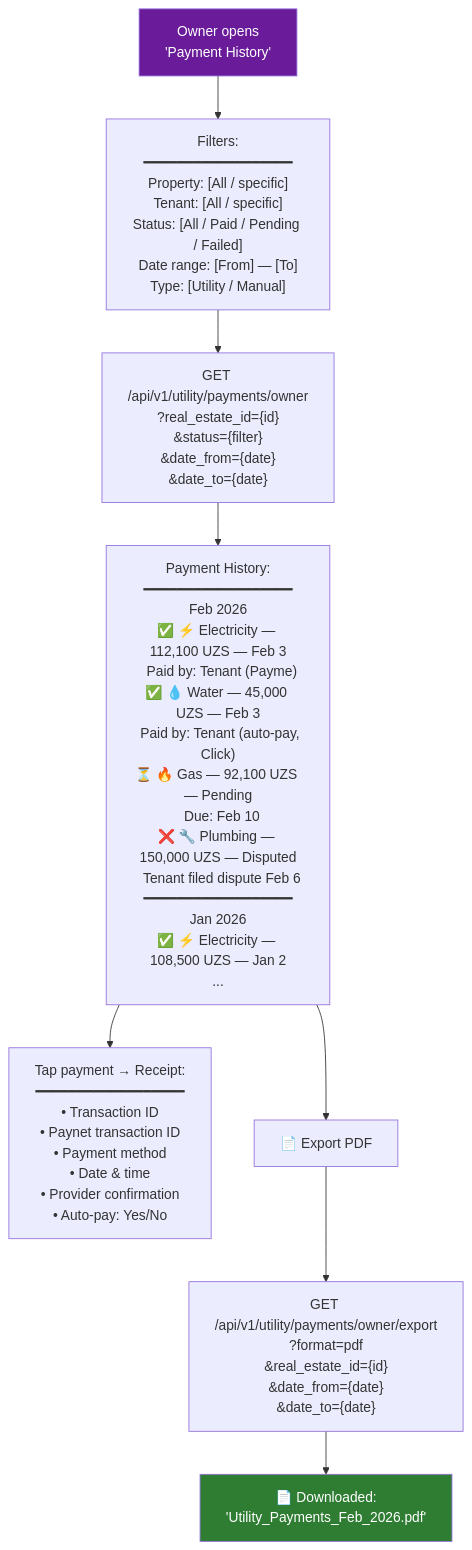
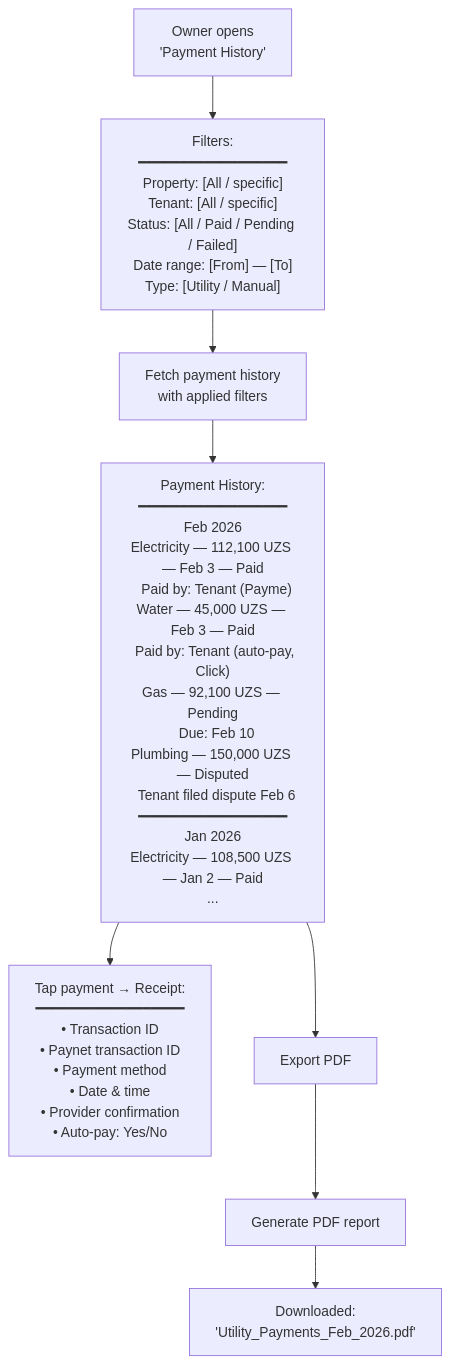
The eighth of 11 diagrams in Utilities - Business Owner.md (saodatm-dev/Utilities---Informational-Architecture), drawn with Mermaid before and after one commit. The commit also changed other lines of this file, not shown here.

Commit message:
refactor: Streamline Mermaid diagrams by removing icons, styling, and the 'Billing Management' flow, while expanding utility account details and removing backend notes.

````diff
--- a/Utilities - Business Owner.md
+++ b/Utilities - Business Owner.md
@@ -292,19 +255,16 @@
 ```mermaid
 flowchart TD
     PAYMENTS["Owner opens<br/>'Payment History'"] --> FILTER["Filters:<br/>━━━━━━━━━━━━━━━━━━<br/>Property: [All / specific]<br/>Tenant: [All / specific]<br/>Status: [All / Paid / Pending / Failed]<br/>Date range: [From] — [To]<br/>Type: [Utility / Manual]"]
 
-    FILTER --> LOAD["GET /api/v1/utility/payments/owner<br/>?real_estate_id={id}<br/>&status={filter}<br/>&date_from={date}<br/>&date_to={date}"]
+    FILTER --> LOAD["Fetch payment history<br/>with applied filters"]
 
-    LOAD --> HISTORY["Payment History:<br/>━━━━━━━━━━━━━━━━━━<br/>Feb 2026<br/>✅ ⚡ Electricity — 112,100 UZS — Feb 3<br/>  Paid by: Tenant (Payme)<br/>✅ 💧 Water — 45,000 UZS — Feb 3<br/>  Paid by: Tenant (auto-pay, Click)<br/>⏳ 🔥 Gas — 92,100 UZS — Pending<br/>  Due: Feb 10<br/>❌ 🔧 Plumbing — 150,000 UZS — Disputed<br/>  Tenant filed dispute Feb 6<br/>━━━━━━━━━━━━━━━━━━<br/>Jan 2026<br/>✅ ⚡ Electricity — 108,500 UZS — Jan 2<br/>..."]
+    LOAD --> HISTORY["Payment History:<br/>━━━━━━━━━━━━━━━━━━<br/>Feb 2026<br/>Electricity — 112,100 UZS — Feb 3 — Paid<br/>  Paid by: Tenant (Payme)<br/>Water — 45,000 UZS — Feb 3 — Paid<br/>  Paid by: Tenant (auto-pay, Click)<br/>Gas — 92,100 UZS — Pending<br/>  Due: Feb 10<br/>Plumbing — 150,000 UZS — Disputed<br/>  Tenant filed dispute Feb 6<br/>━━━━━━━━━━━━━━━━━━<br/>Jan 2026<br/>Electricity — 108,500 UZS — Jan 2 — Paid<br/>..."]
 
     HISTORY --> DETAIL["Tap payment → Receipt:<br/>━━━━━━━━━━━━━━━━━━<br/>• Transaction ID<br/>• Paynet transaction ID<br/>• Payment method<br/>• Date & time<br/>• Provider confirmation<br/>• Auto-pay: Yes/No"]
 
-    HISTORY --> EXPORT_BTN["📄 Export PDF"]
+    HISTORY --> EXPORT_BTN["Export PDF"]
 
-    EXPORT_BTN --> EXPORT["GET /api/v1/utility/payments/owner/export<br/>?format=pdf<br/>&real_estate_id={id}<br/>&date_from={date}<br/>&date_to={date}"]
+    EXPORT_BTN --> EXPORT["Generate PDF report"]
 
-    EXPORT --> PDF["📄 Downloaded:<br/>'Utility_Payments_Feb_2026.pdf'"]
-
-    style PAYMENTS fill:#6A1B9A,color:#fff
-    style PDF fill:#2E7D32,color:#fff
+    EXPORT --> PDF["Downloaded:<br/>'Utility_Payments_Feb_2026.pdf'"]
 ```
````
